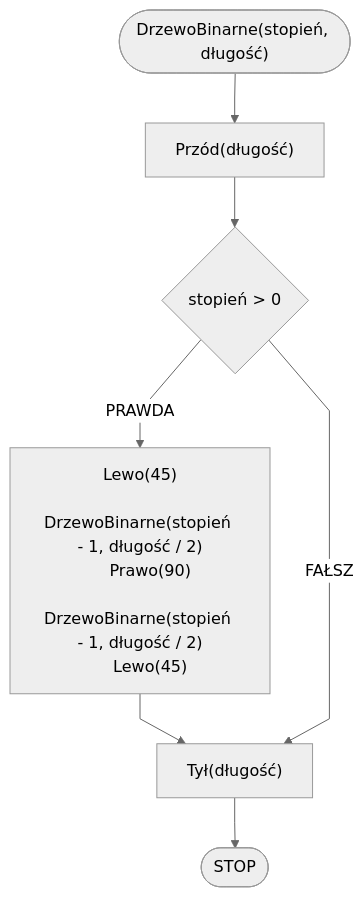
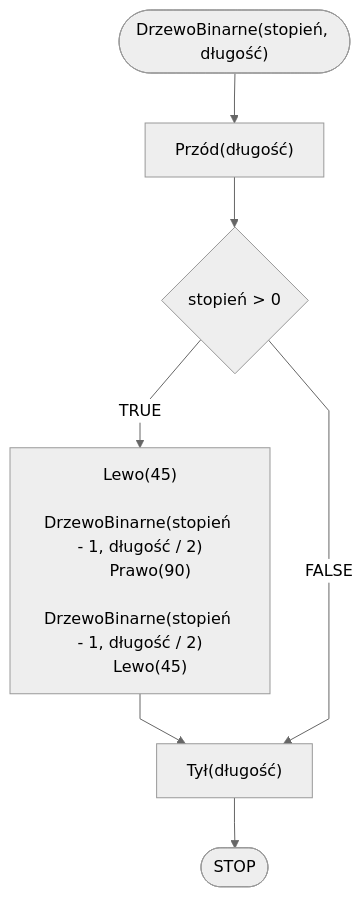
Before and after one commit to blackbat13/edu-cs-htiew-en: the diagram in docs/algorithms/fractals/binary-tree.md, drawn with Mermaid. The commit also changed other lines of this file and 682 other files, not shown here.

````diff
--- a/docs/algorithms/fractals/binary-tree.md
+++ b/docs/algorithms/fractals/binary-tree.md
@@ -42,14 +42,14 @@
 ```mermaid
 %%{init: {"flowchart": {"curve": "linear"}, "theme": "neutral"} }%%
 flowchart TD
 	START(["DrzewoBinarne(stopień, długość)"]) --> K1["Przód(długość)"]
 	K1 --> K2{stopień > 0}
-	K2 -- PRAWDA --> K3["Lewo(45)
+	K2 -- TRUE --> K3["Lewo(45)
     DrzewoBinarne(stopień - 1, długość / 2)
     Prawo(90)
     DrzewoBinarne(stopień - 1, długość / 2)
     Lewo(45)"]
 	K3 --> K8["Tył(długość)"]
-	K2 -- FAŁSZ --> K8
+	K2 -- FALSE --> K8
 	K8 --> STOP([STOP])
 ```
````
